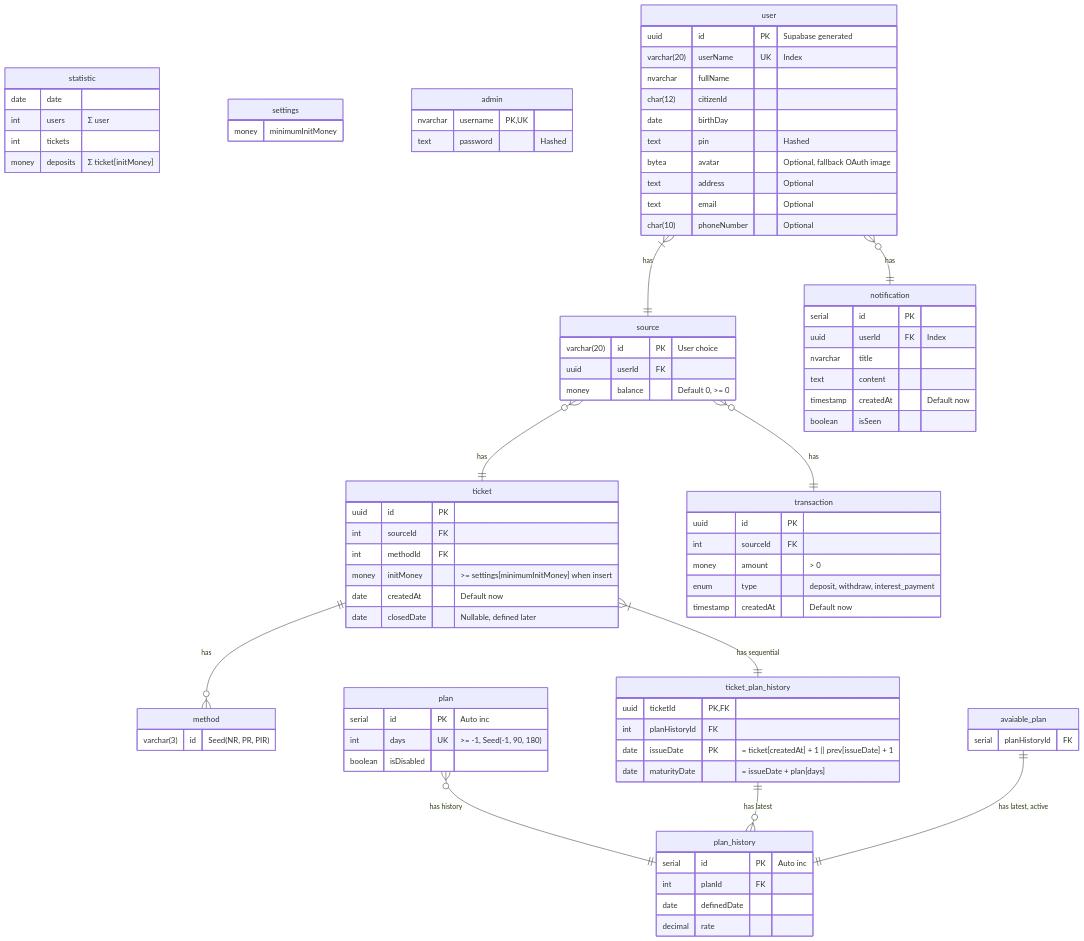
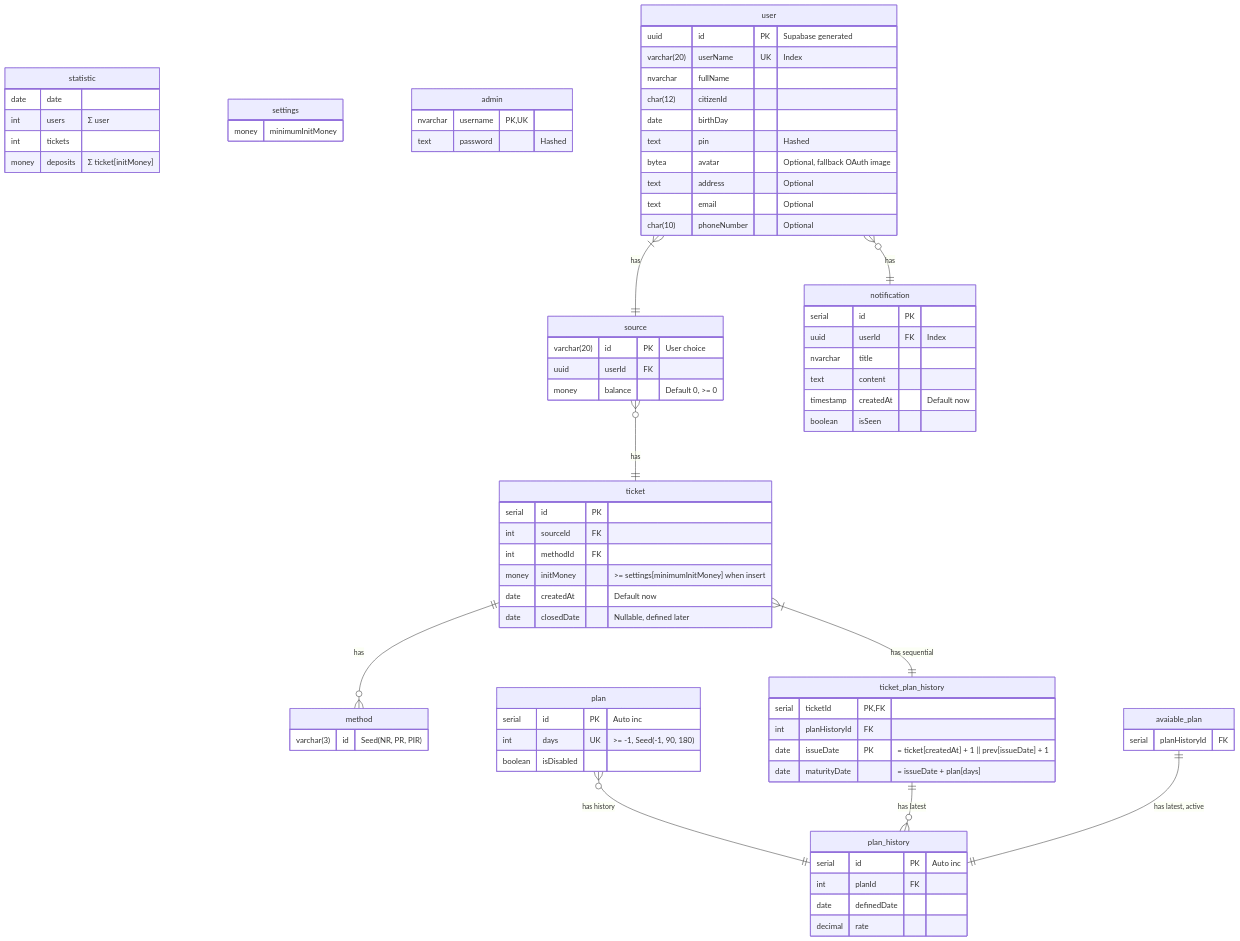
Before and after one commit to coinhub-uit/coinhub-uit.github.io: the diagram in docs/diagrams/database.md, drawn with Mermaid.

Commit message:
feat(db): remove transaction table

```diff
--- a/docs/diagrams/database.md
+++ b/docs/diagrams/database.md
@@ -54,7 +54,7 @@
   }
 
   ticket {
-    uuid id PK
+    serial id PK
     int sourceId FK
     int methodId FK
     %% So what if I changed and there're other ... already, will be failed
@@ -65,7 +65,7 @@
   }
 
   ticket_plan_history {
-    uuid ticketId PK,FK
+    serial ticketId PK,FK
     int planHistoryId FK
     date issueDate PK "= ticket[createdAt] + 1 || prev[issueDate] + 1"
     date maturityDate "= issueDate + plan[days]"
@@ -81,14 +81,6 @@
     serial planHistoryId FK
   }
 
-  transaction {
-    uuid id PK
-    int sourceId FK
-    money amount "> 0"
-    enum type "deposit, withdraw, interest_payment"
-    timestamp createdAt "Default now"
-  }
-
   notification {
     serial id PK
     uuid userId FK "Index"
@@ -98,7 +90,6 @@
     boolean isSeen
   }
 
-  source }o--|| transaction : "has"
   user }o--|| notification : "has"
   user }|--|| source : "has"
   source }o--|| ticket : "has"
```
